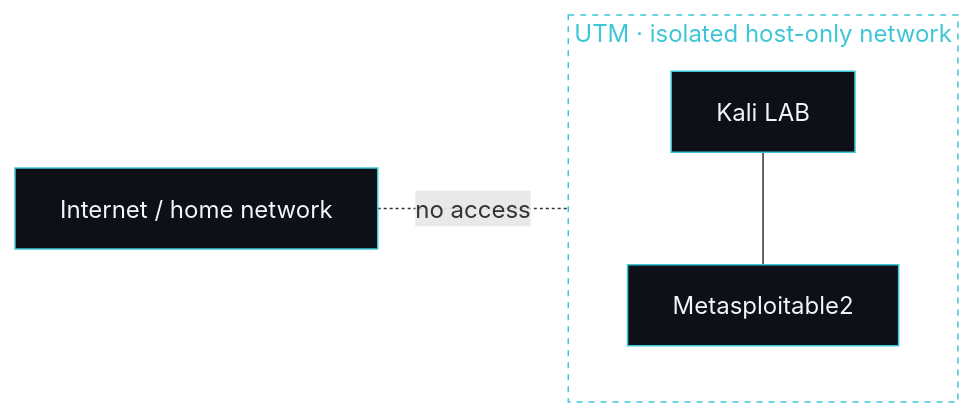
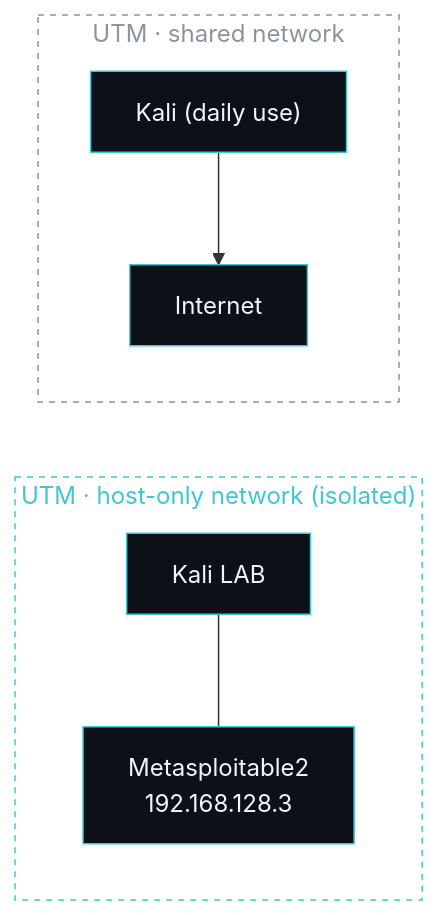
The diagram in home-lab-metasploitable2.md (elena-lucero/cybersecurity-portfolio), drawn with Mermaid before and after one commit. The commit also changed other lines of this file, not shown here.

First line of the commit message:
Revise Metasploitable2 lab documentation

````diff
--- a/home-lab-metasploitable2.md
+++ b/home-lab-metasploitable2.md
@@ -35,10 +33,13 @@
 ```mermaid
 flowchart LR
-  subgraph UTM["UTM · isolated host-only network"]
-    K["Kali LAB"] --- M["Metasploitable2"]
+  subgraph HOSTONLY["UTM · host-only network (isolated)"]
+    K["Kali LAB"] --- M["Metasploitable2<br/>192.168.128.3"]
   end
-  I["Internet / home network"] -. "no access" .- UTM
+  subgraph SHARED["UTM · shared network"]
+    KD["Kali (daily use)"] --> NET["Internet"]
+  end
   classDef node fill:#0D1117,stroke:#3EC6D6,stroke-width:1px,color:#F0F6FC
-  class K,M,I node
-  style UTM fill:transparent,stroke:#3EC6D6,stroke-dasharray:4 4,color:#3EC6D6
+  class K,M,KD,NET node
+  style HOSTONLY fill:transparent,stroke:#3EC6D6,stroke-dasharray:4 4,color:#3EC6D6
+  style SHARED fill:transparent,stroke:#8B949E,stroke-dasharray:4 4,color:#8B949E
 ```
````
